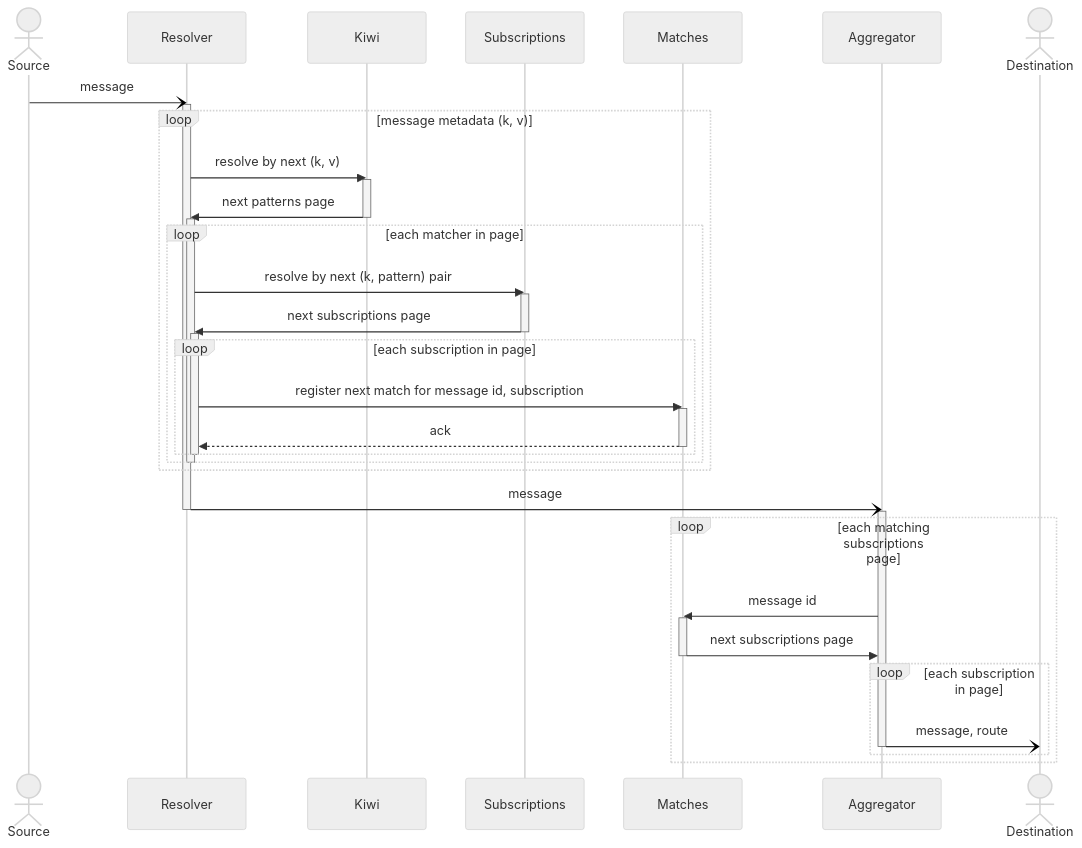
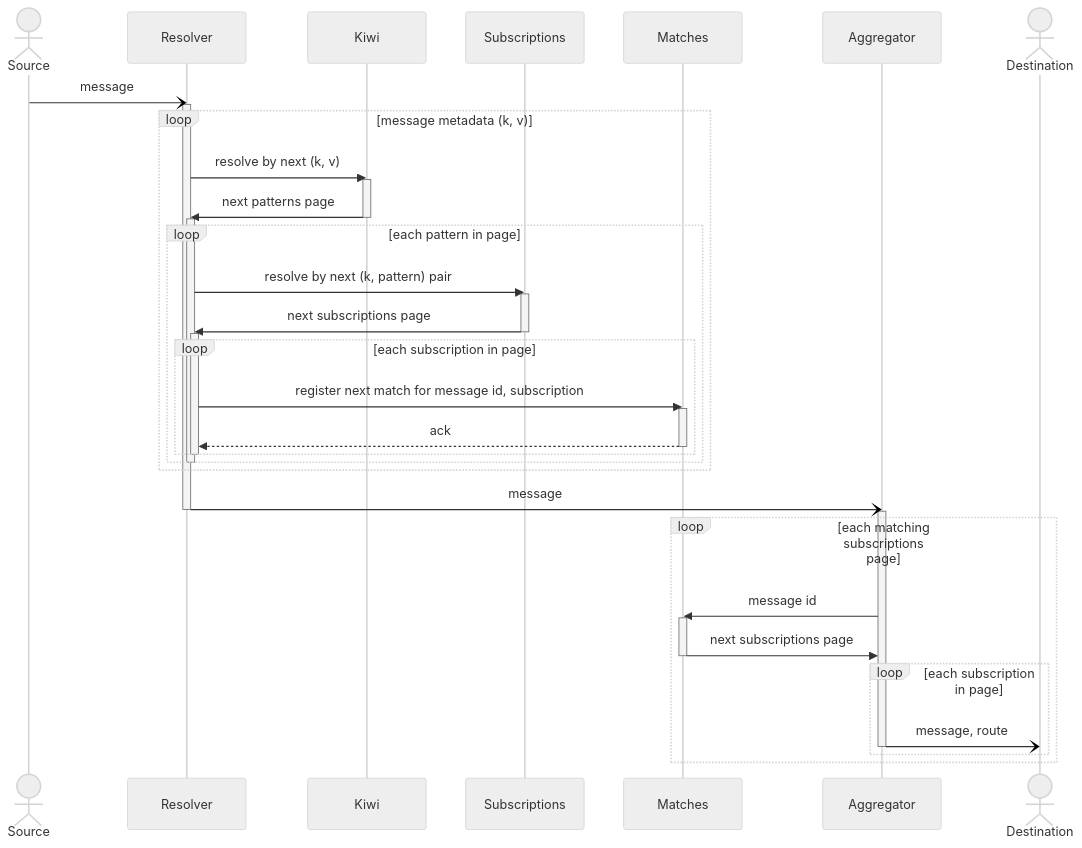
One commit to awakari/.github changed the diagram in profile/README.md. Above: the diagram before and after it, drawn with Mermaid. The commit also changed other lines of this file and 4 other files, not shown here.

````diff
--- a/profile/README.md
+++ b/profile/README.md
@@ -20,61 +28,61 @@
 ```mermaid
 %%{init: {'theme': 'neutral' } }%%
 sequenceDiagram
 
     actor Source
     participant Resolver
     participant Kiwi
     participant Subscriptions
     participant Matches
     participant Aggregator
     actor Destination
 
     Source-)Resolver: message
     activate Resolver
     
     loop message metadata (k, v)
     
         Resolver->>Kiwi: resolve by next (k, v)
         activate Kiwi
         Kiwi->>Resolver: next patterns page
         deactivate Kiwi
         
         activate Resolver
-        loop each matcher in page
+        loop each pattern in page
             
             Resolver->>Subscriptions: resolve by next (k, pattern) pair
             activate Subscriptions
             Subscriptions->>Resolver: next subscriptions page
             deactivate Subscriptions
             
             activate Resolver
             loop each subscription in page
                 Resolver->>Matches: register next match for message id, subscription
                 activate Matches
                 Matches-->>Resolver: ack
                 deactivate Matches
             end
             deactivate Resolver
             
         end
         deactivate Resolver
     end
         
     Resolver-)Aggregator: message
     deactivate Resolver
 
     activate Aggregator
     loop each matching subscriptions page
         
         Aggregator->>Matches: message id
         activate Matches
         Matches->>Aggregator: next subscriptions page
         deactivate Matches
         
         loop each subscription in page
             Aggregator-)Destination: message, route
             deactivate Aggregator
         end
         
     end
 ```
````
